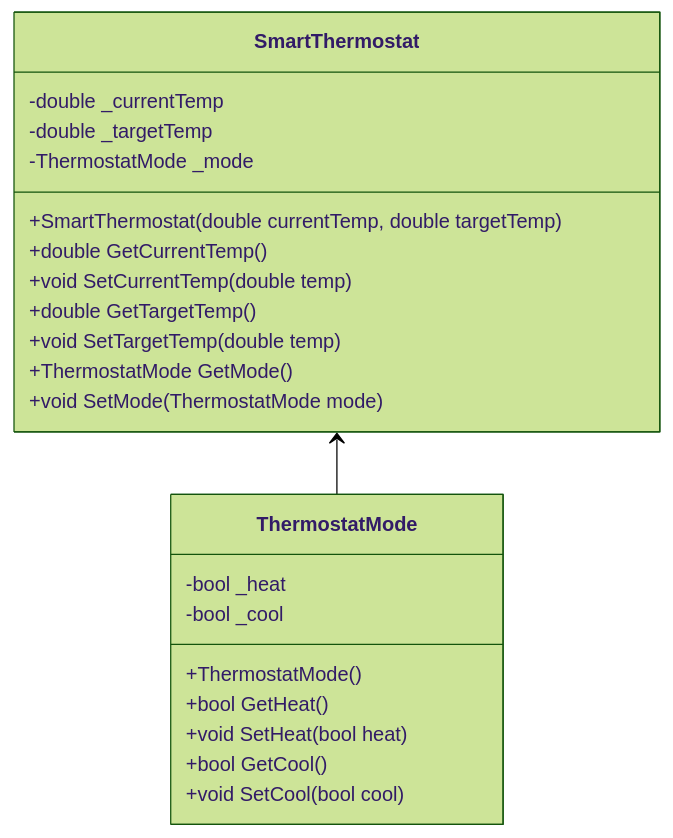
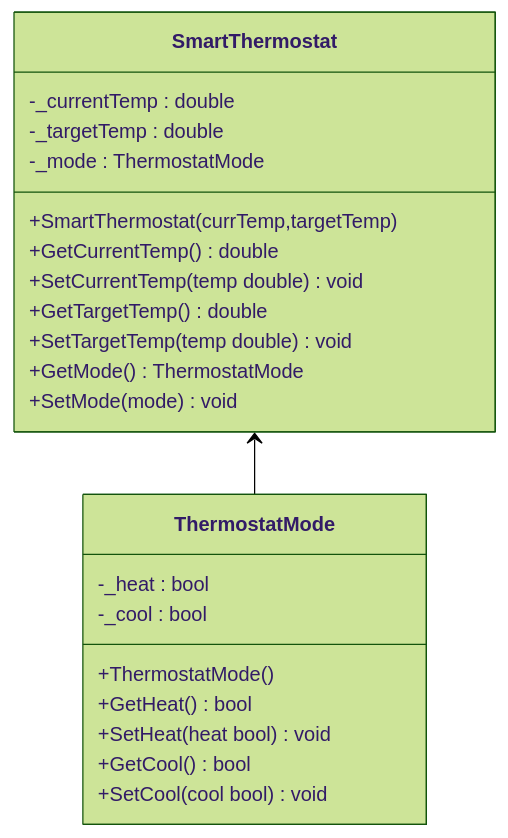
Before and after one commit to gibbonsc/quartzblog: the second of 6 diagrams in content/AppEx-3.03-Smart-Thermostat.md, drawn with Mermaid (forest theme). The commit also changed other lines of this file and 1 other file, not shown here.

Commit message:
smart thermostat exercise diagrams

````diff
--- a/content/AppEx-3.03-Smart-Thermostat.md
+++ b/content/AppEx-3.03-Smart-Thermostat.md
@@ -40,25 +47,26 @@
 ```mermaid
+%%{init: {'classDiagram': {'textWrap': false}}}%%
 classDiagram
     class SmartThermostat {
-        -double _currentTemp
-        -double _targetTemp
-        -ThermostatMode _mode
-        +SmartThermostat(double currentTemp, double targetTemp)
-        +double GetCurrentTemp()
-        +void SetCurrentTemp(double temp)
-        +double GetTargetTemp()
-        +void SetTargetTemp(double temp)
-        +ThermostatMode GetMode()
-        +void SetMode(ThermostatMode mode)
+        -_currentTemp : double
+        -_targetTemp : double
+        -_mode : ThermostatMode
+        +SmartThermostat(currTemp,targetTemp)
+        +GetCurrentTemp() double
+        +SetCurrentTemp(temp double) void
+        +GetTargetTemp() double
+        +SetTargetTemp(temp double) void
+        +GetMode() ThermostatMode
+        +SetMode(mode) void
     }
     class ThermostatMode {
-        -bool _heat
-        -bool _cool
+        -_heat : bool
+        -_cool : bool
         +ThermostatMode()
-        +bool GetHeat()
-        +void SetHeat(bool heat)
-        +bool GetCool()
-        +void SetCool(bool cool)
+        +GetHeat() bool
+        +SetHeat(heat bool) void
+        +GetCool() bool
+        +SetCool(cool bool) void
     }
     SmartThermostat <-- ThermostatMode
 ```
````
